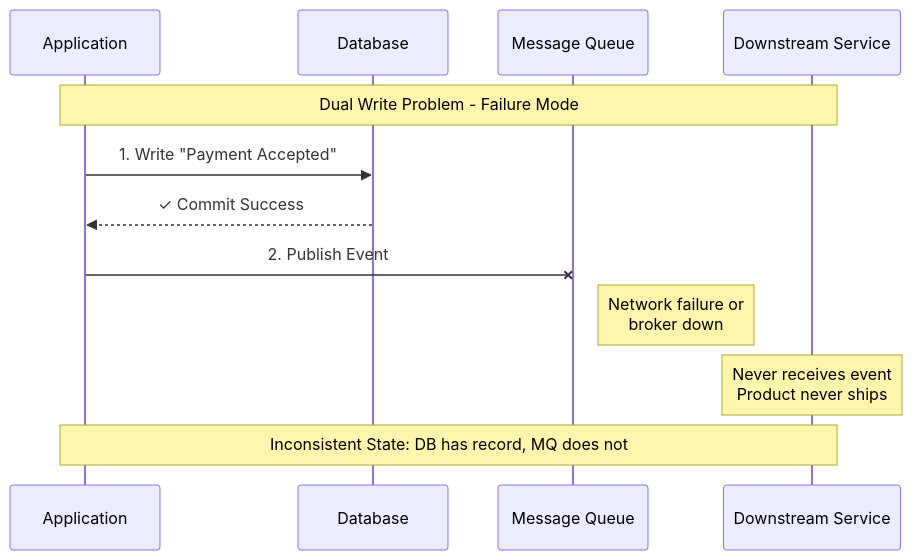
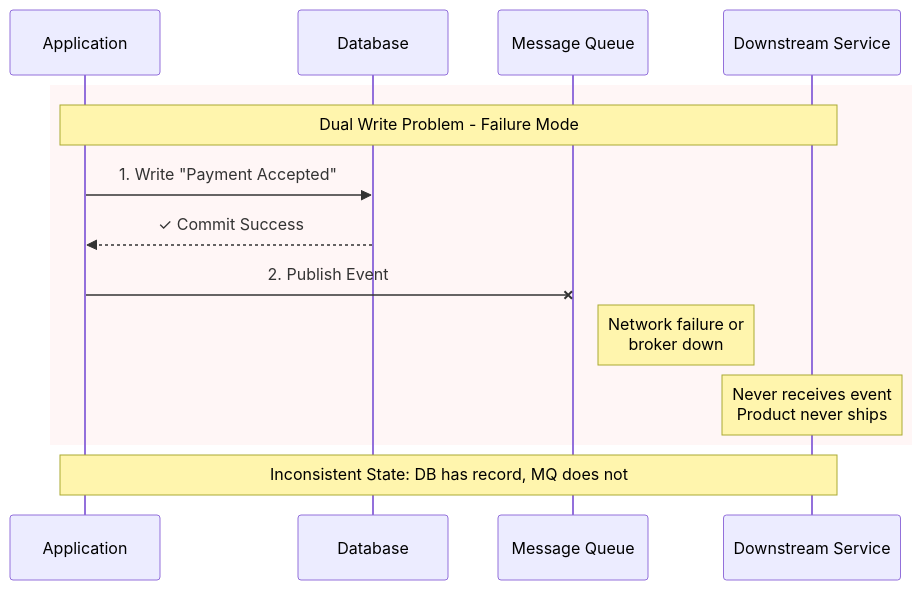
Before and after one commit to udaytamma/Cyrus: the first of 7 diagrams in gemini-responses/change-data-capture-cdc-20260120-0919.md, drawn with Mermaid. The commit also changed other lines of this file and 28 other files, not shown here.

First line of the commit message:
Upgrade Knowledge Base Mermaid diagrams to professional styling

````diff
--- a/gemini-responses/change-data-capture-cdc-20260120-0919.md
+++ b/gemini-responses/change-data-capture-cdc-20260120-0919.md
@@ -32,16 +32,18 @@
 ```mermaid
 sequenceDiagram
     participant App as Application
     participant DB as Database
     participant MQ as Message Queue
     participant DS as Downstream Service
 
-    Note over App,DS: Dual Write Problem - Failure Mode
-    App->>DB: 1. Write "Payment Accepted"
-    DB-->>App: ✓ Commit Success
-    App-xMQ: 2. Publish Event
-    Note right of MQ: Network failure or<br/>broker down
-    Note over DS: Never receives event<br/>Product never ships
+    rect rgba(254,226,226,0.3)
+        Note over App,DS: Dual Write Problem - Failure Mode
+        App->>DB: 1. Write "Payment Accepted"
+        DB-->>App: ✓ Commit Success
+        App-xMQ: 2. Publish Event
+        Note right of MQ: Network failure or<br/>broker down
+        Note over DS: Never receives event<br/>Product never ships
+    end
 
     Note over App,DS: Inconsistent State: DB has record, MQ does not
 ```
````
